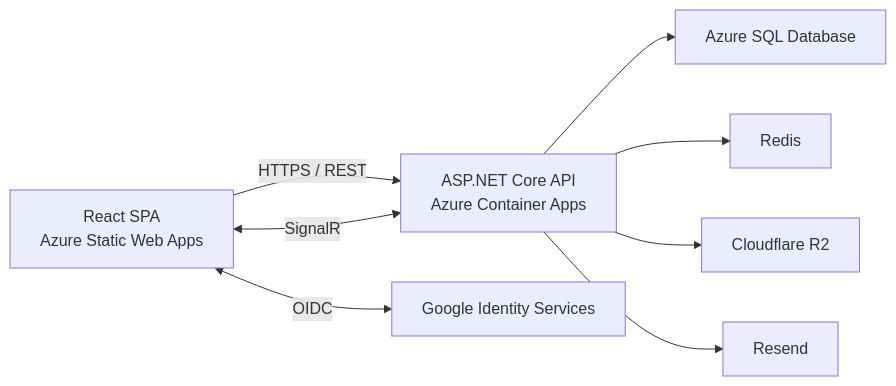
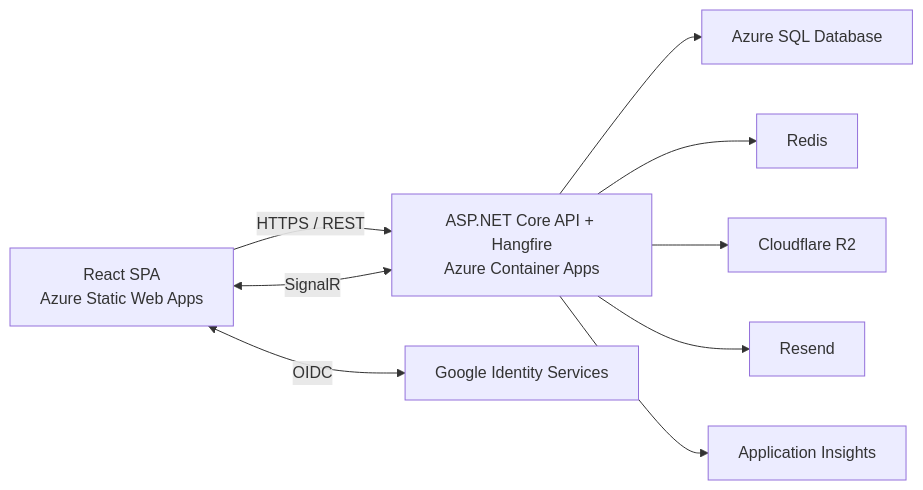
One commit to Robert-J-WANG/UUcars changed the diagram in README.md. Above: the diagram before and after it, drawn with Mermaid. The commit also changed other lines of this file and 17 other files, not shown here.

````diff
--- a/README.md
+++ b/README.md
@@ -37,18 +27,20 @@
 ```mermaid
 flowchart LR
     Browser["React SPA<br/>Azure Static Web Apps"]
-    API["ASP.NET Core API<br/>Azure Container Apps"]
+    API["ASP.NET Core API + Hangfire<br/>Azure Container Apps"]
     SQL["Azure SQL Database"]
     Redis["Redis"]
     R2["Cloudflare R2"]
     Email["Resend"]
+    Insights["Application Insights"]
     Google["Google Identity Services"]
 
     Browser -->|HTTPS / REST| API
     Browser <-->|SignalR| API
     Browser <-->|OIDC| Google
     API --> SQL
     API --> Redis
     API --> R2
     API --> Email
+    API --> Insights
 ```
````
